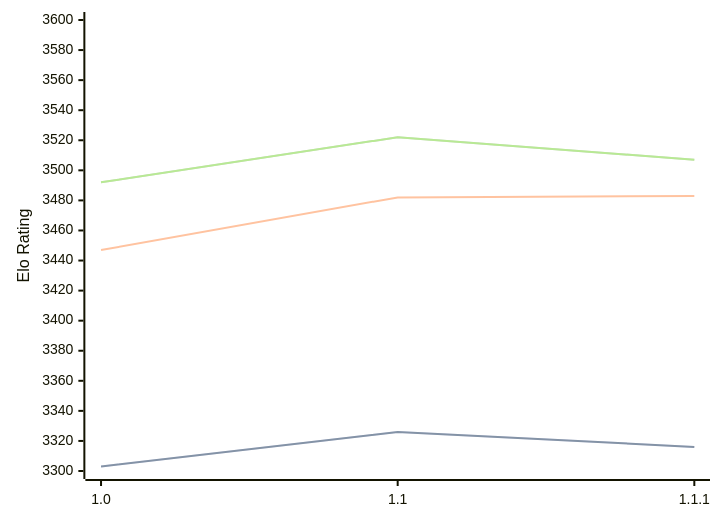
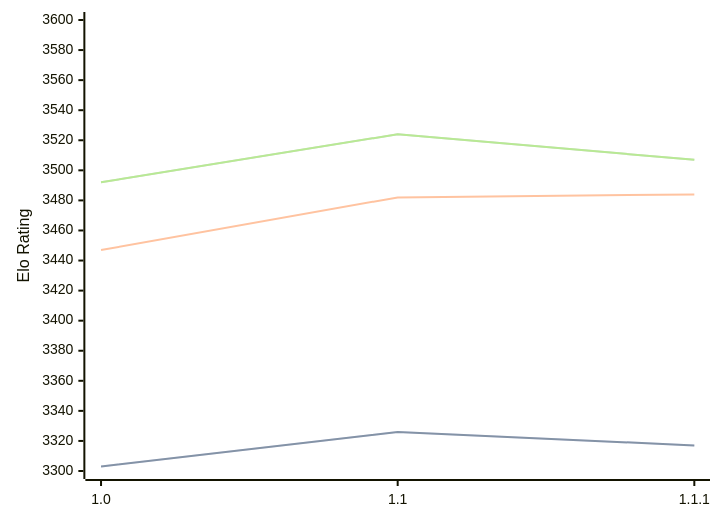
One commit to computer-chess-index/cci changed the diagram in engines/Icarus.md. Above: the diagram before and after it, drawn with Mermaid. The commit also changed other lines of this file, not shown here.

Commit message:
Update CCI Ratings (ELO VLTC) - 2026-07-30

````diff
--- a/engines/Icarus.md
+++ b/engines/Icarus.md
@@ -33,11 +33,11 @@
 ```mermaid
 %%{init: {"theme":"base","themeVariables":{"seriesColors:['#a3a3a3','#222221','#faa371']}}}%%
 xychart-beta
   x-axis ["1.0", "1.1", "1.1.1"]
   y-axis "Elo Rating" 3300 --> 3600
-  line "STC (8.0+0.08s)" [3303, 3326, 3316]
-  line "STC (8.0+0.08s)" [3303, 3326, 3316]
-  line "LTC (60.0+0.60s)" [3447, 3482, 3483]
-  line "VLTC (2m24s+1.12s)" [3492, 3522, 3507]
-  line "VLTC (2m24s+1.12s)" [3492, 3522, 3507]
+  line "STC (8.0+0.08s)" [3303, 3326, 3317]
+  line "STC (8.0+0.08s)" [3303, 3326, 3317]
+  line "LTC (60.0+0.60s)" [3447, 3482, 3484]
+  line "VLTC (2m24s+1.12s)" [3492, 3524, 3507]
+  line "VLTC (2m24s+1.12s)" [3492, 3524, 3507]
 ```
````
